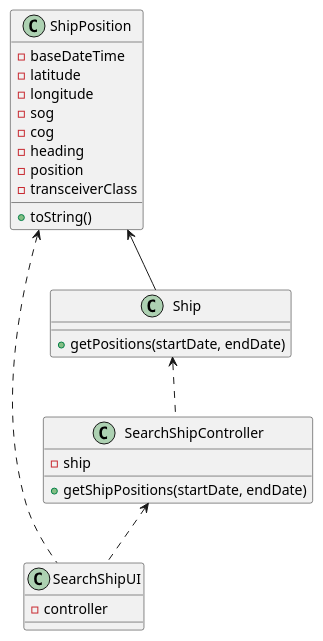
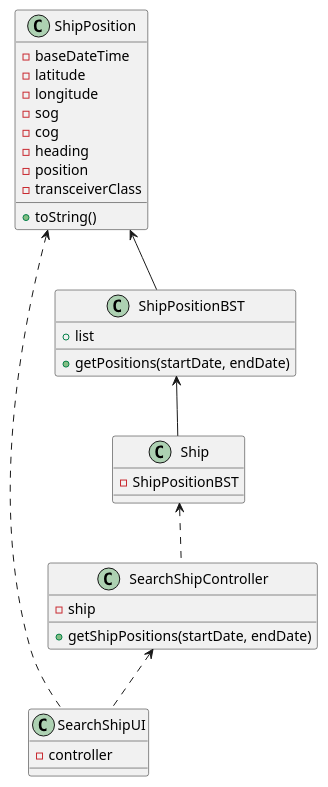
One commit to 1190772/LAB-Project-3 changed the diagram in docs/Sprint 1/US/US103/US103_CD.puml. Above: the diagram before and after it, drawn with PlantUML. The commit also changed 4 other files, not shown here.

```diff
--- a/docs/Sprint 1/US/US103/US103_CD.puml
+++ b/docs/Sprint 1/US/US103/US103_CD.puml
@@ -1,37 +1,43 @@
 @startuml
 'https://plantuml.com/class-diagram
 
 
 
 class SearchShipUI {
 - controller
 }
 
 class SearchShipController {
 - ship
 + getShipPositions(startDate, endDate)
 }
 
 class Ship {
-+ getPositions(startDate, endDate)
+- ShipPositionBST
 }
 
 class ShipPosition {
 -baseDateTime
 -latitude
 -longitude
 -sog
 -cog
 -heading
 -position
 -transceiverClass
 + toString()
 }
 
+class ShipPositionBST {
++ list
++ getPositions(startDate, endDate)
+}
+
 SearchShipController <.. SearchShipUI
 Ship <.. SearchShipController
-ShipPosition <-- Ship
+ShipPositionBST <-- Ship
+ShipPosition <-- ShipPositionBST
 ShipPosition <.. SearchShipUI
 
 
 @enduml
```
